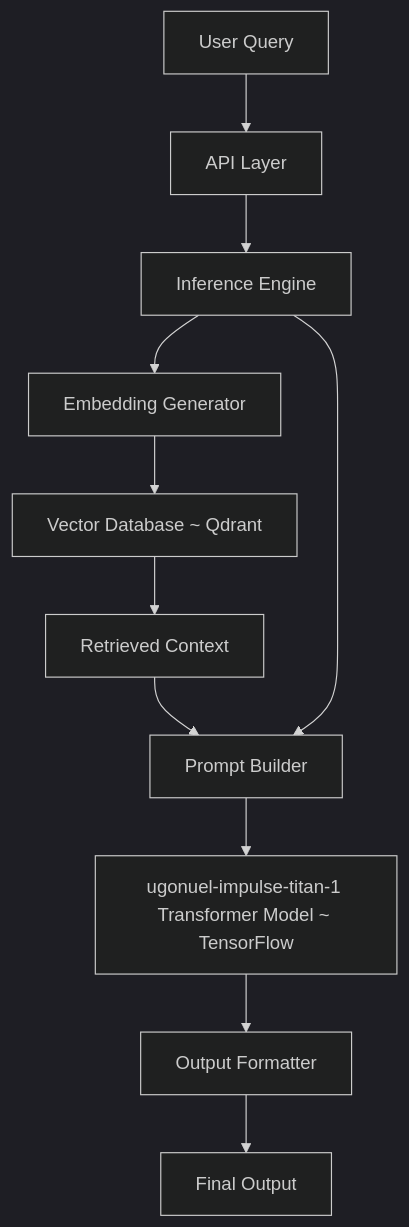
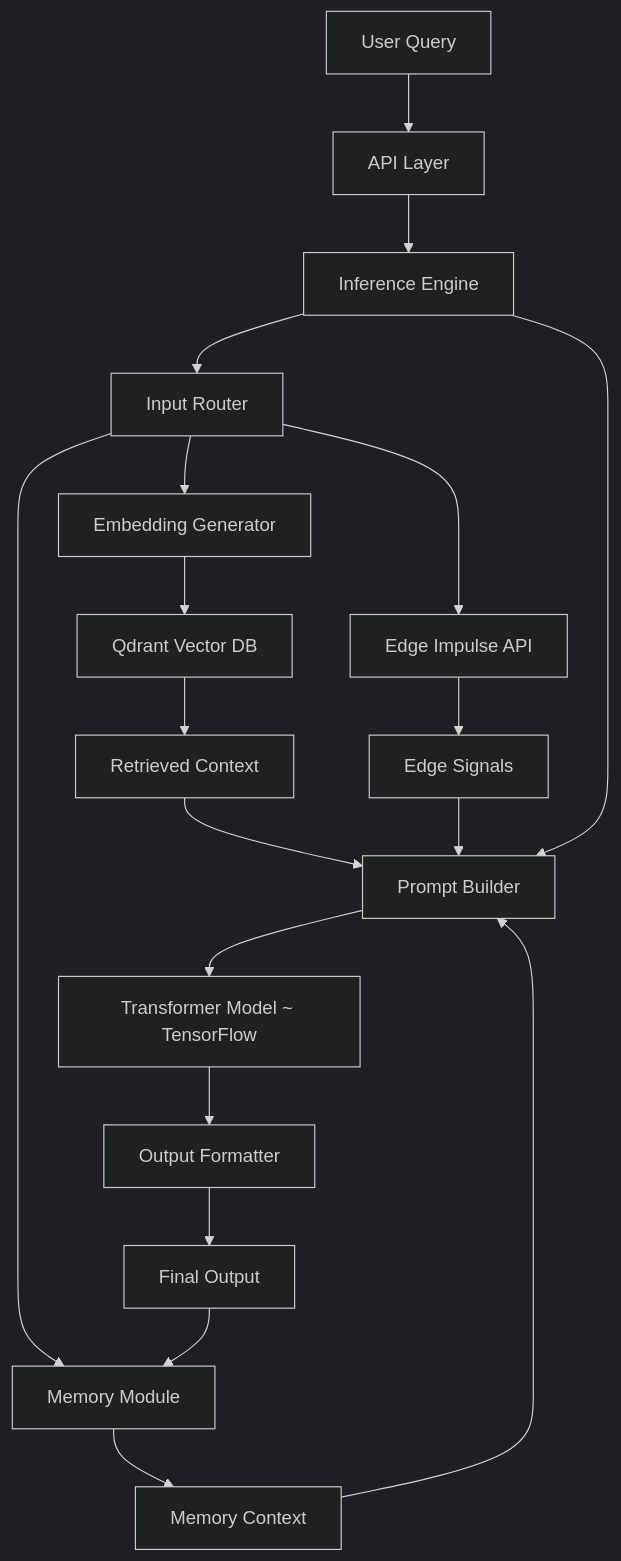
One commit to ugoMusk/Impulse-intelligent_model changed the diagram in ARCHITECTURE.md. Above: the diagram before and after it, drawn with Mermaid (dark theme). The commit also changed other lines of this file, not shown here.

````diff
--- a/ARCHITECTURE.md
+++ b/ARCHITECTURE.md
@@ -166,16 +260,28 @@
 ```mermaid
 flowchart TD
     A[User Query] --> B[API Layer]
     B --> C[Inference Engine]
 
-    C --> D[Embedding Generator]
-    D --> E[Vector Database ~ Qdrant]
+    C --> R[Input Router]
+
+    R --> D[Embedding Generator]
+    D --> E[Qdrant Vector DB]
     E --> F[Retrieved Context]
 
+    R --> M[Memory Module]
+    M --> F2[Memory Context]
+
+    R --> EI[Edge Impulse API]
+    EI --> ES[Edge Signals]
+
     F --> G[Prompt Builder]
+    F2 --> G
+    ES --> G
     C --> G
 
-    G --> H[ugonuel-impulse-titan-1 Transformer Model ~ TensorFlow]
+    G --> H[Transformer Model ~ TensorFlow]
     H --> I[Output Formatter]
     I --> J[Final Output]
+
+    J --> M
 ```
````
